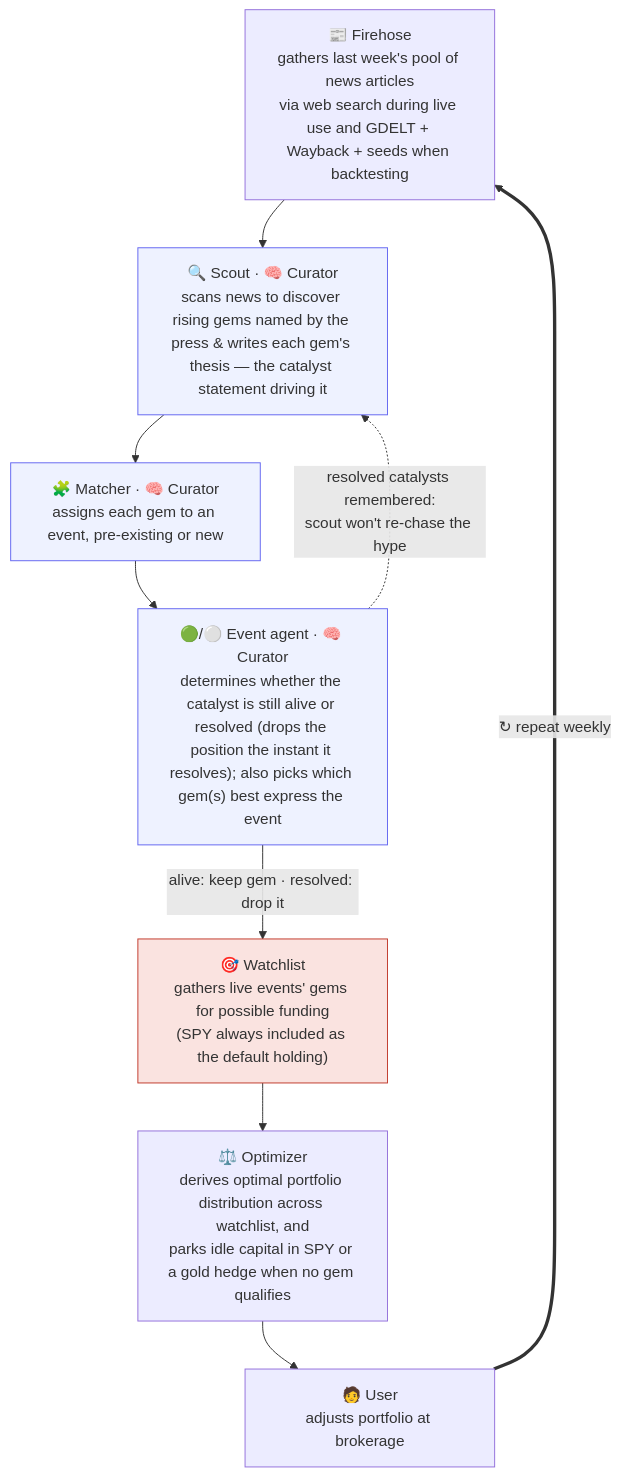
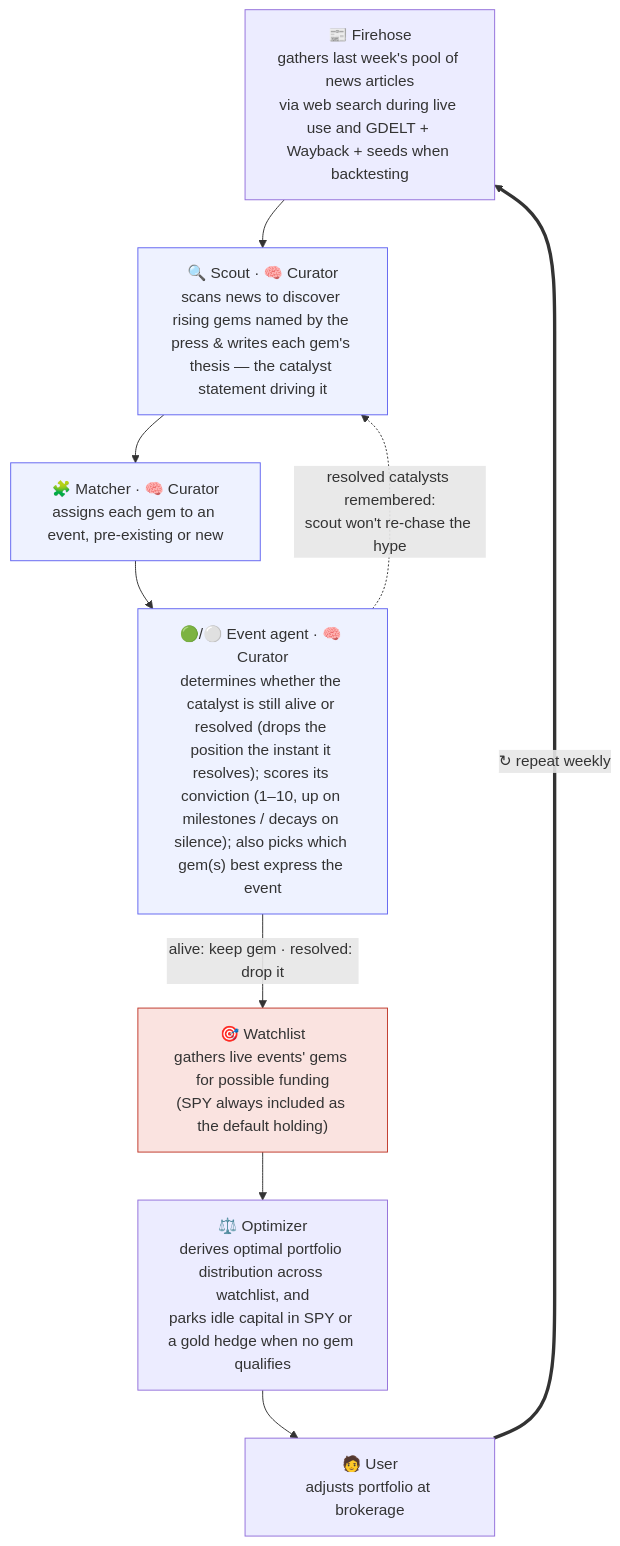
Before and after one commit to joehahn/geo-herd-rider: the first of 2 diagrams in README.md, drawn with Mermaid.

Commit message:
README diagram: event-agent box notes it scores conviction (1-10, milestones up / silence decays)

````diff
--- a/README.md
+++ b/README.md
@@ -18,24 +18,24 @@
 ```mermaid
 flowchart TD
     S["📰 Firehose<br/>gathers last week's pool of news articles<br/>via web search during live use and GDELT + Wayback + seeds when backtesting"]
     S --> SC
 
     SC["🔍 Scout · 🧠 Curator<br/>scans news to discover rising gems named by the press & writes each gem's thesis — the catalyst statement driving it"]
     MA["🧩 Matcher · 🧠 Curator<br/>assigns each gem to an event, pre-existing or new"]
-    AG["🟢/⚪ Event agent · 🧠 Curator<br/>determines whether the catalyst is still alive or resolved (drops the position the instant it resolves); also picks which gem(s) best express the event"]
+    AG["🟢/⚪ Event agent · 🧠 Curator<br/>determines whether the catalyst is still alive or resolved (drops the position the instant it resolves); scores its conviction (1–10, up on milestones / decays on silence); also picks which gem(s) best express the event"]
     SC --> MA --> AG
 
     E["🎯 Watchlist<br/>gathers live events' gems for possible funding<br/>(SPY always included as the default holding)"]
     W["⚖️ Optimizer<br/>derives optimal portfolio distribution across watchlist, and<br/>parks idle capital in SPY or a gold hedge when no gem qualifies"]
     U["🧑 User<br/>adjusts portfolio at brokerage"]
 
     AG -- "alive: keep gem · resolved: drop it" --> E
     AG -. "resolved catalysts remembered:<br/>scout won't re-chase the hype" .-> SC
     E --> W --> U
     U == "↻ repeat weekly" ==> S
 
     classDef cur fill:#eef2ff,stroke:#6366f1;
     class SC,MA,AG cur
     classDef bet fill:#fae3e0,stroke:#c0392b;
     class E bet
 ```
````
